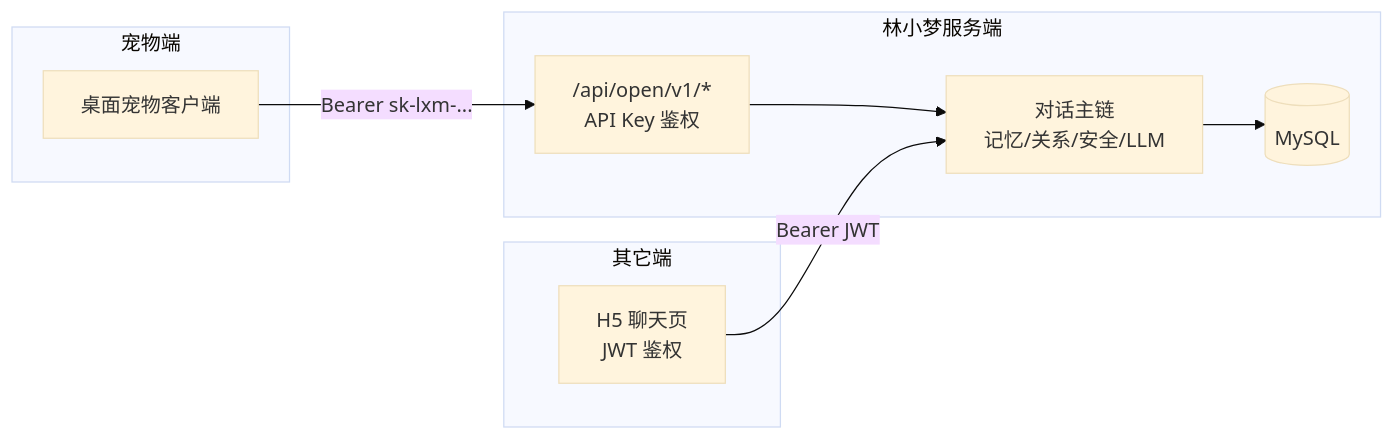
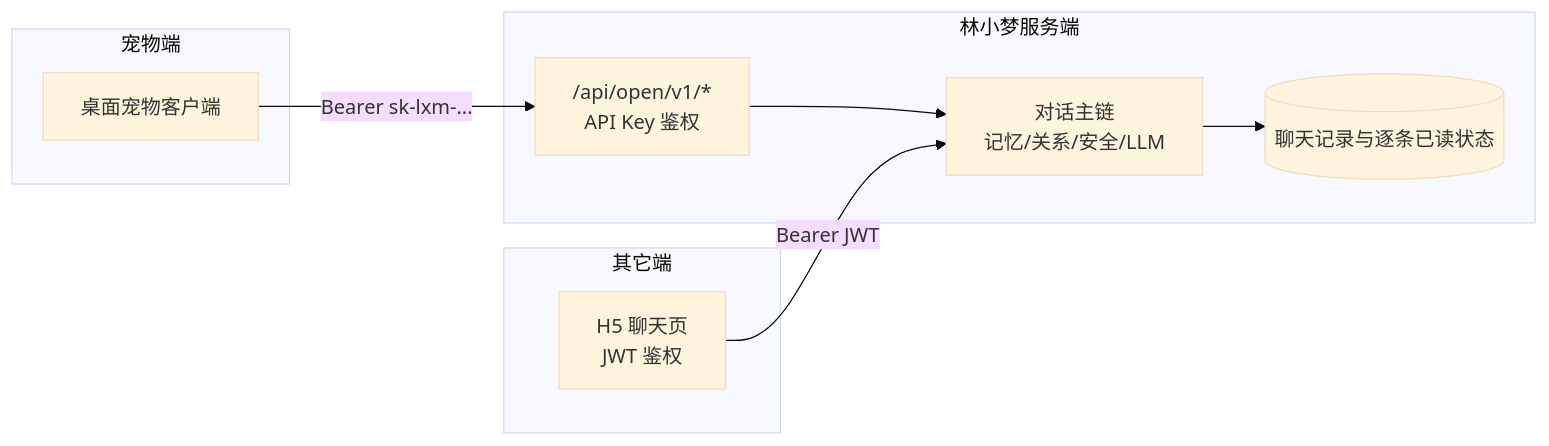
The first of 5 diagrams in docs/partner/林小梦-OpenAPI-宠物端接入指南.md (cong19920207-bit/lxm), drawn with Mermaid (base theme) before and after one commit. The commit also changed other lines of this file and 116 other files, not shown here.

````diff
--- a/docs/partner/林小梦-OpenAPI-宠物端接入指南.md
+++ b/docs/partner/林小梦-OpenAPI-宠物端接入指南.md
@@ -66,18 +69,18 @@
 ```mermaid
 flowchart LR
   subgraph 宠物端
     Pet[桌面宠物客户端]
   end
   subgraph 林小梦服务端
     Open["/api/open/v1/*<br/>API Key 鉴权"]
     Core[对话主链<br/>记忆/关系/安全/LLM]
-    DB[(MySQL)]
+    DB[(聊天记录与逐条已读状态)]
   end
   subgraph 其它端
     H5[H5 聊天页<br/>JWT 鉴权]
   end
   Pet -->|Bearer sk-lxm-...| Open
   Open --> Core
   Core --> DB
   H5 -->|Bearer JWT| Core
 ```
````
